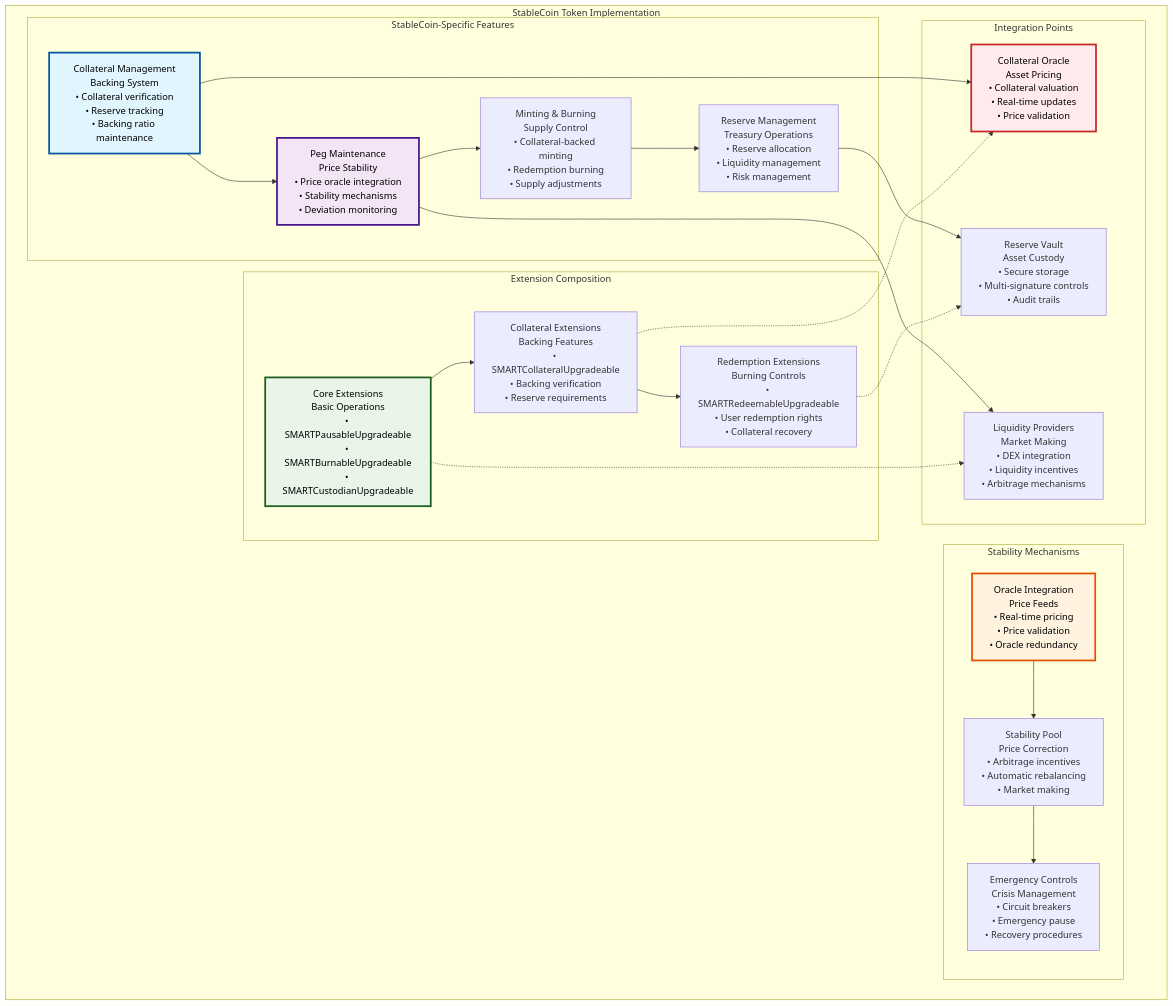
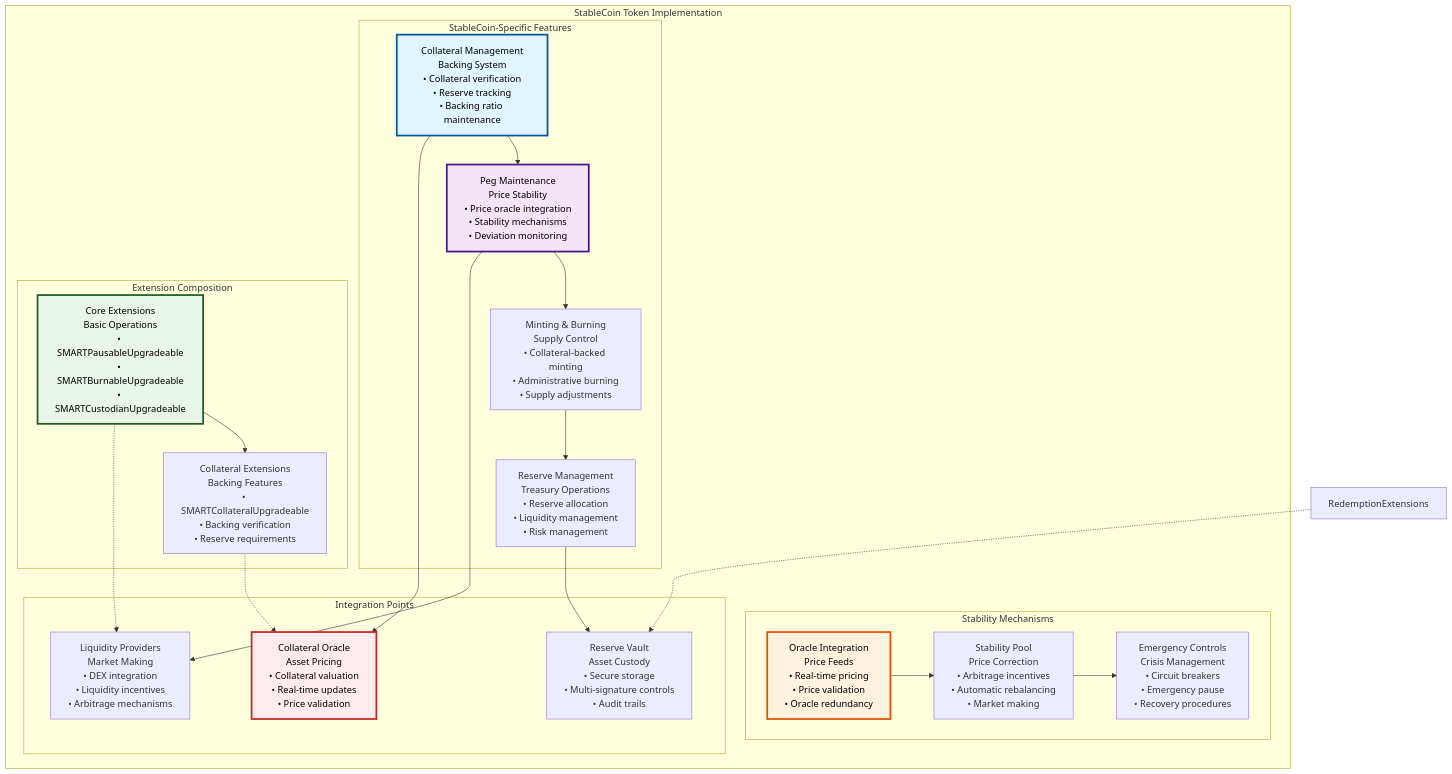
One commit to settlemint/asset-tokenization-kit changed the fifth of 6 diagrams in kit/docs/content/docs/06-asset-token-contracts.md. Above: the diagram before and after it, drawn with Mermaid. The commit also changed other lines of this file and 2 other files, not shown here.

Commit message:
cleanup stablecoin

````diff
--- a/kit/docs/content/docs/06-asset-token-contracts.md
+++ b/kit/docs/content/docs/06-asset-token-contracts.md
@@ -429,68 +429,65 @@
 ```mermaid
 graph TB
     subgraph "StableCoin Token Implementation"
         subgraph "StableCoin-Specific Features"
             CollateralManagement[Collateral Management<br/>Backing System<br/>• Collateral verification<br/>• Reserve tracking<br/>• Backing ratio maintenance]
             
             PegMaintenance[Peg Maintenance<br/>Price Stability<br/>• Price oracle integration<br/>• Stability mechanisms<br/>• Deviation monitoring]
             
-            MintingBurning[Minting & Burning<br/>Supply Control<br/>• Collateral-backed minting<br/>• Redemption burning<br/>• Supply adjustments]
+            MintingBurning[Minting & Burning<br/>Supply Control<br/>• Collateral-backed minting<br/>• Administrative burning<br/>• Supply adjustments]
             
             ReserveManagement[Reserve Management<br/>Treasury Operations<br/>• Reserve allocation<br/>• Liquidity management<br/>• Risk management]
         end
         
         subgraph "Extension Composition"
             CoreExtensions[Core Extensions<br/>Basic Operations<br/>• SMARTPausableUpgradeable<br/>• SMARTBurnableUpgradeable<br/>• SMARTCustodianUpgradeable]
             
             CollateralExtensions[Collateral Extensions<br/>Backing Features<br/>• SMARTCollateralUpgradeable<br/>• Backing verification<br/>• Reserve requirements]
-            
-            RedemptionExtensions[Redemption Extensions<br/>Burning Controls<br/>• SMARTRedeemableUpgradeable<br/>• User redemption rights<br/>• Collateral recovery]
         end
         
         subgraph "Stability Mechanisms"
             OracleIntegration[Oracle Integration<br/>Price Feeds<br/>• Real-time pricing<br/>• Price validation<br/>• Oracle redundancy]
             
             StabilityPool[Stability Pool<br/>Price Correction<br/>• Arbitrage incentives<br/>• Automatic rebalancing<br/>• Market making]
             
             EmergencyControls[Emergency Controls<br/>Crisis Management<br/>• Circuit breakers<br/>• Emergency pause<br/>• Recovery procedures]
         end
         
         subgraph "Integration Points"
             CollateralOracle[Collateral Oracle<br/>Asset Pricing<br/>• Collateral valuation<br/>• Real-time updates<br/>• Price validation]
             
             ReserveVault[Reserve Vault<br/>Asset Custody<br/>• Secure storage<br/>• Multi-signature controls<br/>• Audit trails]
             
             LiquidityProviders[Liquidity Providers<br/>Market Making<br/>• DEX integration<br/>• Liquidity incentives<br/>• Arbitrage mechanisms]
         end
     end
     
     %% StableCoin feature relationships
     CollateralManagement --> PegMaintenance
     PegMaintenance --> MintingBurning
     MintingBurning --> ReserveManagement
     
     %% Extension relationships
     CoreExtensions --> CollateralExtensions
-    CollateralExtensions --> RedemptionExtensions
     
     %% Stability mechanisms
     OracleIntegration --> StabilityPool
     StabilityPool --> EmergencyControls
     
     %% Integration connections
     CollateralManagement --> CollateralOracle
     ReserveManagement --> ReserveVault
     PegMaintenance --> LiquidityProviders
     
     %% Cross-references
     CollateralExtensions -.-> CollateralOracle
     RedemptionExtensions -.-> ReserveVault
     CoreExtensions -.-> LiquidityProviders
     
     %% Styling
     style CollateralManagement fill:#e1f5fe,stroke:#01579b,color:#000000,stroke-width:3px
     style PegMaintenance fill:#f3e5f5,stroke:#4a148c,color:#000000,stroke-width:3px
     style CoreExtensions fill:#e8f5e8,stroke:#1b5e20,color:#000000,stroke-width:3px
     style OracleIntegration fill:#fff3e0,stroke:#e65100,color:#000000,stroke-width:3px
     style CollateralOracle fill:#ffebee,stroke:#c62828,color:#000000,stroke-width:3px
 ```
````
